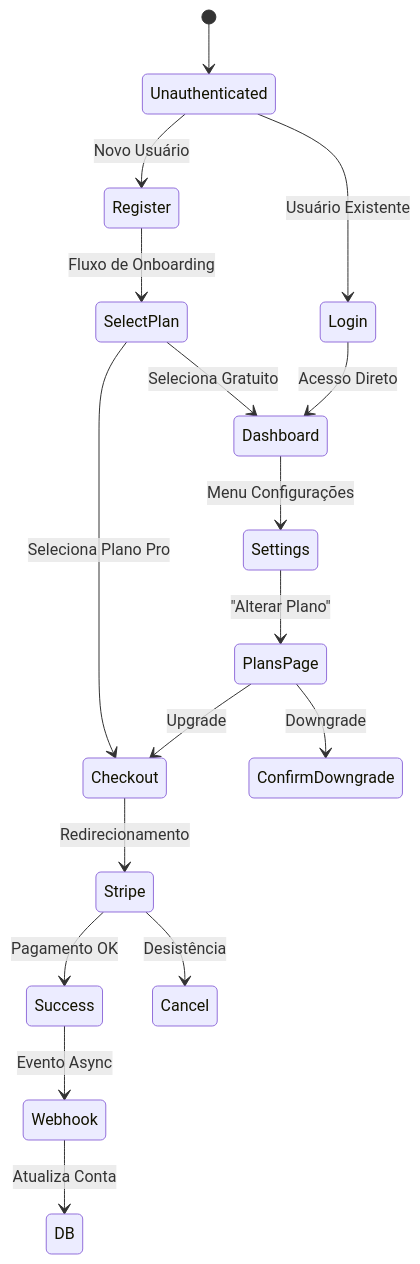
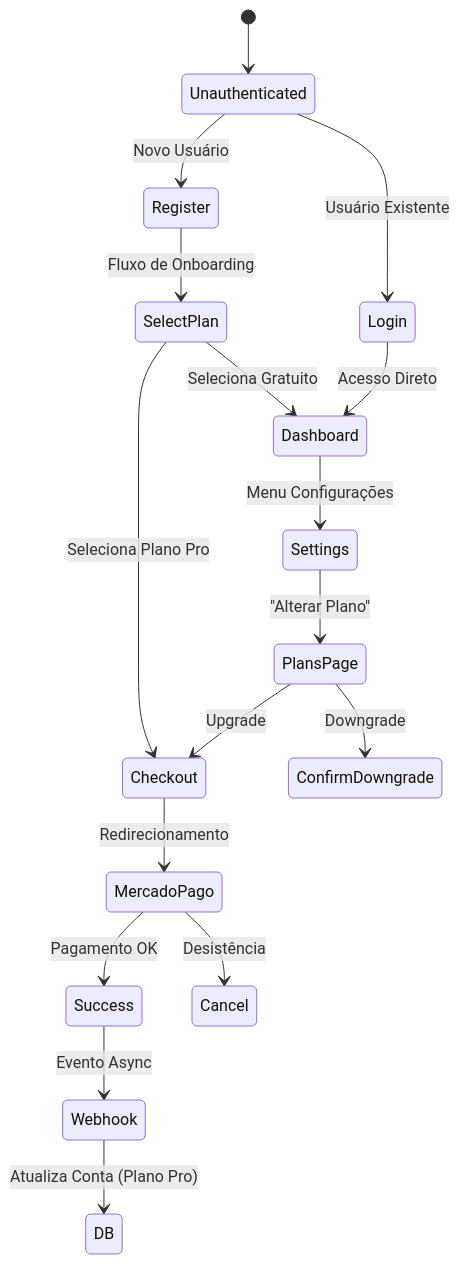
The diagram in docs/features/SUBSCRIPTION_FLOW.md (MateusNGF/streamshare), drawn with Mermaid before and after one commit. The commit also changed other lines of this file and 21 other files, not shown here.

Commit message:
feat: implement Mercado Pago integration for subscription management, billing, and comprehensive documentation.

````diff
--- a/docs/features/SUBSCRIPTION_FLOW.md
+++ b/docs/features/SUBSCRIPTION_FLOW.md
@@ -19,26 +19,26 @@
 ```mermaid
 stateDiagram-v2
     [*] --> Unauthenticated
     
     Unauthenticated --> Register: Novo Usuário
     Unauthenticated --> Login: Usuário Existente
     
     Register --> SelectPlan: Fluxo de Onboarding
     Login --> Dashboard: Acesso Direto
     
     SelectPlan --> Checkout: Seleciona Plano Pro
     SelectPlan --> Dashboard: Seleciona Gratuito
     
     Dashboard --> Settings: Menu Configurações
     Settings --> PlansPage: "Alterar Plano"
     
     PlansPage --> Checkout: Upgrade
     PlansPage --> ConfirmDowngrade: Downgrade
     
-    Checkout --> Stripe: Redirecionamento
-    Stripe --> Success: Pagamento OK
-    Stripe --> Cancel: Desistência
+    Checkout --> MercadoPago: Redirecionamento
+    MercadoPago --> Success: Pagamento OK
+    MercadoPago --> Cancel: Desistência
     
     Success --> Webhook: Evento Async
-    Webhook --> DB: Atualiza Conta
+    Webhook --> DB: Atualiza Conta (Plano Pro)
 ```
````
